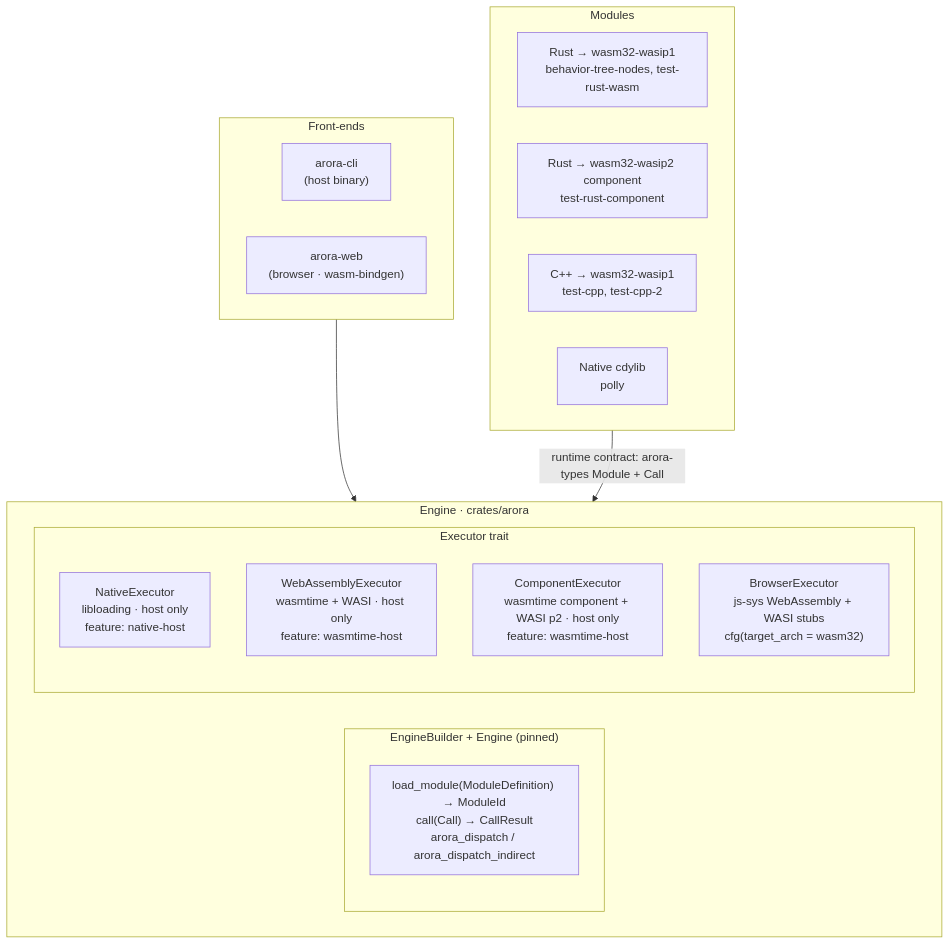
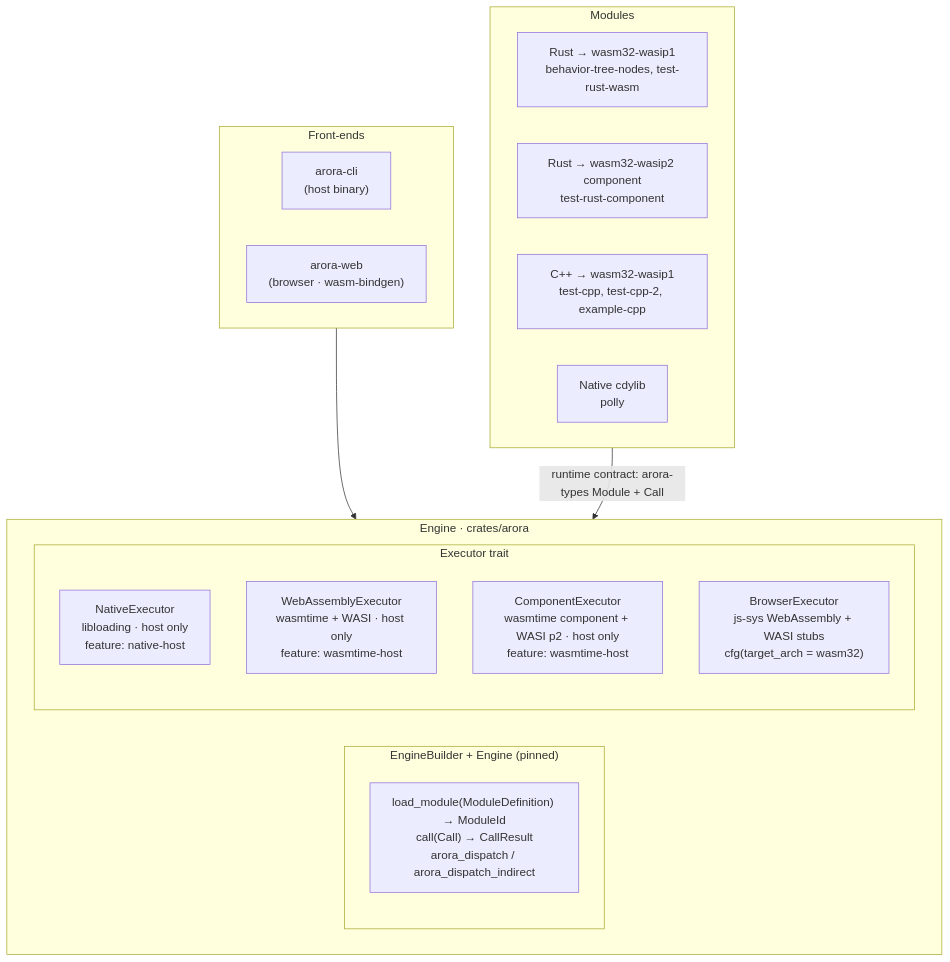
One commit to semio-ai/arora-sdk changed the first of 2 diagrams in docs/architecture.md. Above: the diagram before and after it, drawn with Mermaid. The commit also changed other lines of this file and 43 other files, not shown here.

````diff
--- a/docs/architecture.md
+++ b/docs/architecture.md
@@ -73,29 +75,29 @@
 ```mermaid
 graph TB
     subgraph fe["Front-ends"]
         cli["arora-cli\n(host binary)"]
         web["arora-web\n(browser · wasm-bindgen)"]
     end
 
     subgraph eng["Engine · crates/arora"]
         subgraph engine_api["EngineBuilder + Engine (pinned)"]
             api["load_module(ModuleDefinition) → ModuleId\ncall(Call) → CallResult\narora_dispatch / arora_dispatch_indirect"]
         end
         subgraph executors["Executor trait"]
             native_exec["NativeExecutor\nlibloading · host only\nfeature: native-host"]
             wasm_exec["WebAssemblyExecutor\nwasmtime + WASI · host only\nfeature: wasmtime-host"]
             component_exec["ComponentExecutor\nwasmtime component + WASI p2 · host only\nfeature: wasmtime-host"]
             browser_exec["BrowserExecutor\njs-sys WebAssembly + WASI stubs\ncfg(target_arch = wasm32)"]
         end
     end
 
     subgraph mods["Modules"]
         rust_wasm["Rust → wasm32-wasip1\nbehavior-tree-nodes, test-rust-wasm"]
         rust_component["Rust → wasm32-wasip2 component\ntest-rust-component"]
-        cpp_wasm["C++ → wasm32-wasip1\ntest-cpp, test-cpp-2"]
+        cpp_wasm["C++ → wasm32-wasip1\ntest-cpp, test-cpp-2, example-cpp"]
         native_cdylib["Native cdylib\npolly"]
     end
 
     fe --> eng
     mods -->|"runtime contract: arora-types Module + Call"| eng
 ```
````
